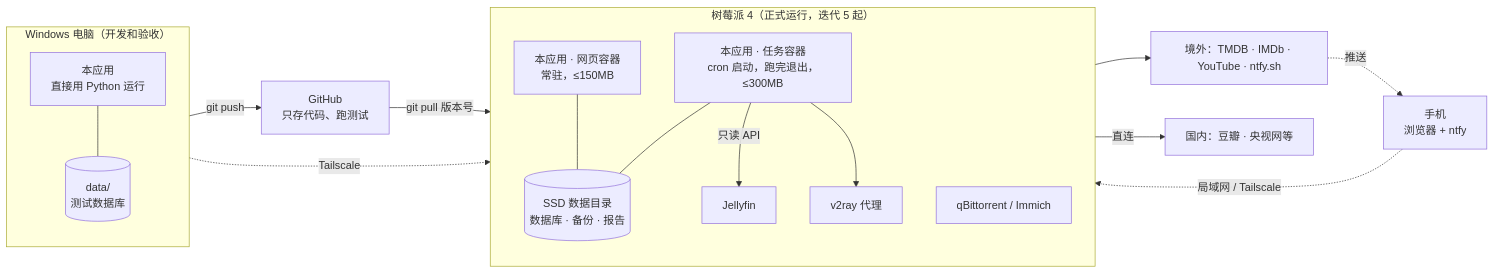
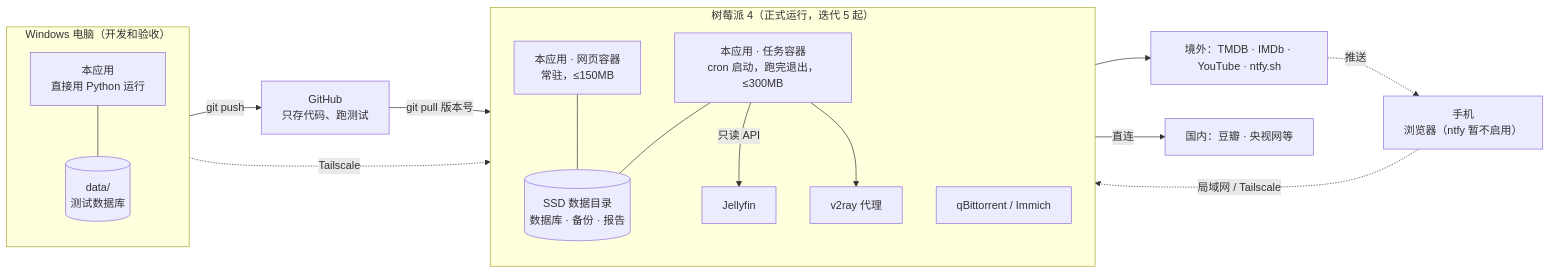
The second of 2 diagrams in docs/architecture.md (hfeng-9527/Documentary), drawn with Mermaid before and after one commit. The commit also changed other lines of this file and 6 other files, not shown here.

````diff
--- a/docs/architecture.md
+++ b/docs/architecture.md
@@ -144,36 +144,36 @@
 ```mermaid
 flowchart LR
     subgraph PC["Windows 电脑（开发和验收）"]
         direction TB
         PCAPP["本应用<br/>直接用 Python 运行"]
         PCDATA[("data/<br/>测试数据库")]
         PCAPP --- PCDATA
     end
 
     subgraph PI["树莓派 4（正式运行，迭代 5 起）"]
         direction TB
         WEB["本应用 · 网页容器<br/>常驻，≤150MB"]
         JOB["本应用 · 任务容器<br/>cron 启动，跑完退出，≤300MB"]
         DATA[("SSD 数据目录<br/>数据库 · 备份 · 报告")]
         JF["Jellyfin"]
         V2["v2ray 代理"]
         QB["qBittorrent / Immich"]
         WEB --- DATA
         JOB --- DATA
         JOB -->|只读 API| JF
         JOB --> V2
     end
 
-    PHONE["手机<br/>浏览器 + ntfy"]
+    PHONE["手机<br/>浏览器（ntfy 暂不启用）"]
     GH["GitHub<br/>只存代码、跑测试"]
     EXT["境外：TMDB · IMDb · YouTube · ntfy.sh"]
     CN["国内：豆瓣 · 央视网等"]
 
     PC -->|git push| GH
     GH -->|git pull 版本号| PI
     PC -.Tailscale.-> PI
     PHONE -.局域网 / Tailscale.-> WEB
     V2 --> EXT
     JOB -->|直连| CN
     EXT -.推送.-> PHONE
 ```
````
